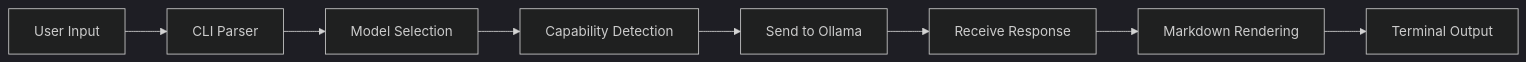
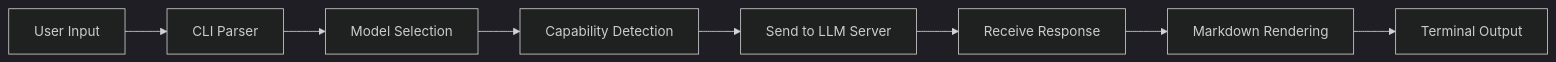
The diagram in doc/src/introduction.md (luksamuk/sprachspiel), drawn with Mermaid (dark theme) before and after one commit. The commit also changed other lines of this file and 10 other files, not shown here.

````diff
--- a/doc/src/introduction.md
+++ b/doc/src/introduction.md
@@ -103,10 +103,10 @@
 ```mermaid
 graph LR
     A[User Input] --> B[CLI Parser]
     B --> C[Model Selection]
     C --> D[Capability Detection]
-    D --> E[Send to Ollama]
+    D --> E[Send to LLM Server]
     E --> F[Receive Response]
     F --> G[Markdown Rendering]
     G --> H[Terminal Output]
 ```
````
